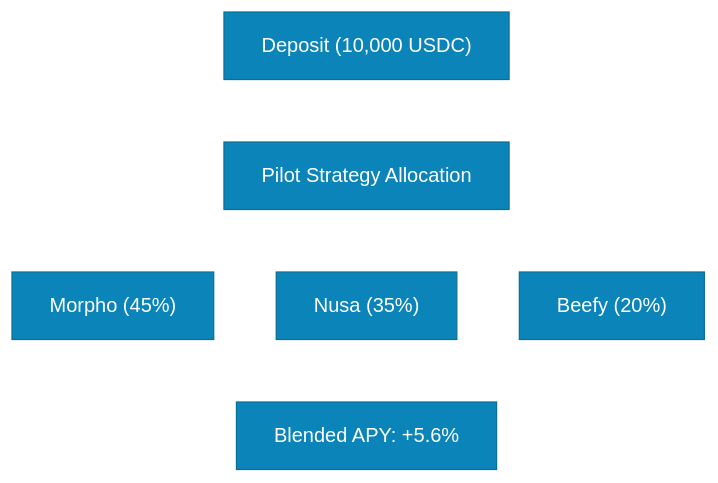
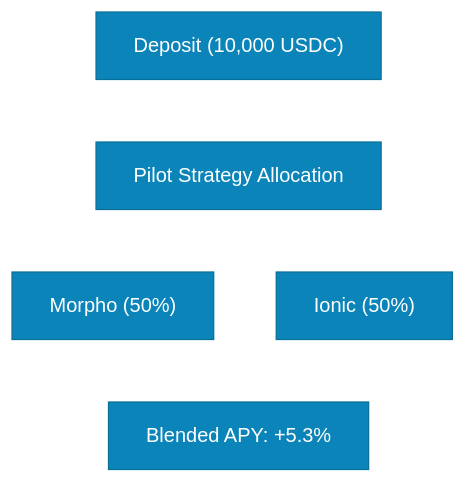
Before and after one commit to super-cluster-lisk/docs: the diagram in docs/user-flow/yield-accrual.md, drawn with Mermaid. The commit also changed other lines of this file and 8 other files, not shown here.

````diff
--- a/docs/user-flow/yield-accrual.md
+++ b/docs/user-flow/yield-accrual.md
@@ -25,18 +25,15 @@
 ```mermaid
 %%{init: {'theme':'base', 'themeVariables': { 'primaryColor':'#0b84ba','primaryTextColor':'#ffffff','primaryBorderColor':'#0a7098','lineColor':'#ffffff','secondaryColor':'#0a7098','tertiaryColor':'#08506e'}}}%%
 flowchart TD
    A["Deposit (10,000 USDC)"]
    B["Pilot Strategy Allocation"]
-   C["Morpho (45%)"]
-   D["Nusa (35%)"]
-   E["Beefy (20%)"]
-   F["Blended APY: +5.6%"]
+   C["Morpho (50%)"]
+   D["Ionic (50%)"]
+   F["Blended APY: +5.3%"]
 
    A --> B
    B --> C
    B --> D
-   B --> E
    C --> F
    D --> F
-   E --> F
 ```
````
